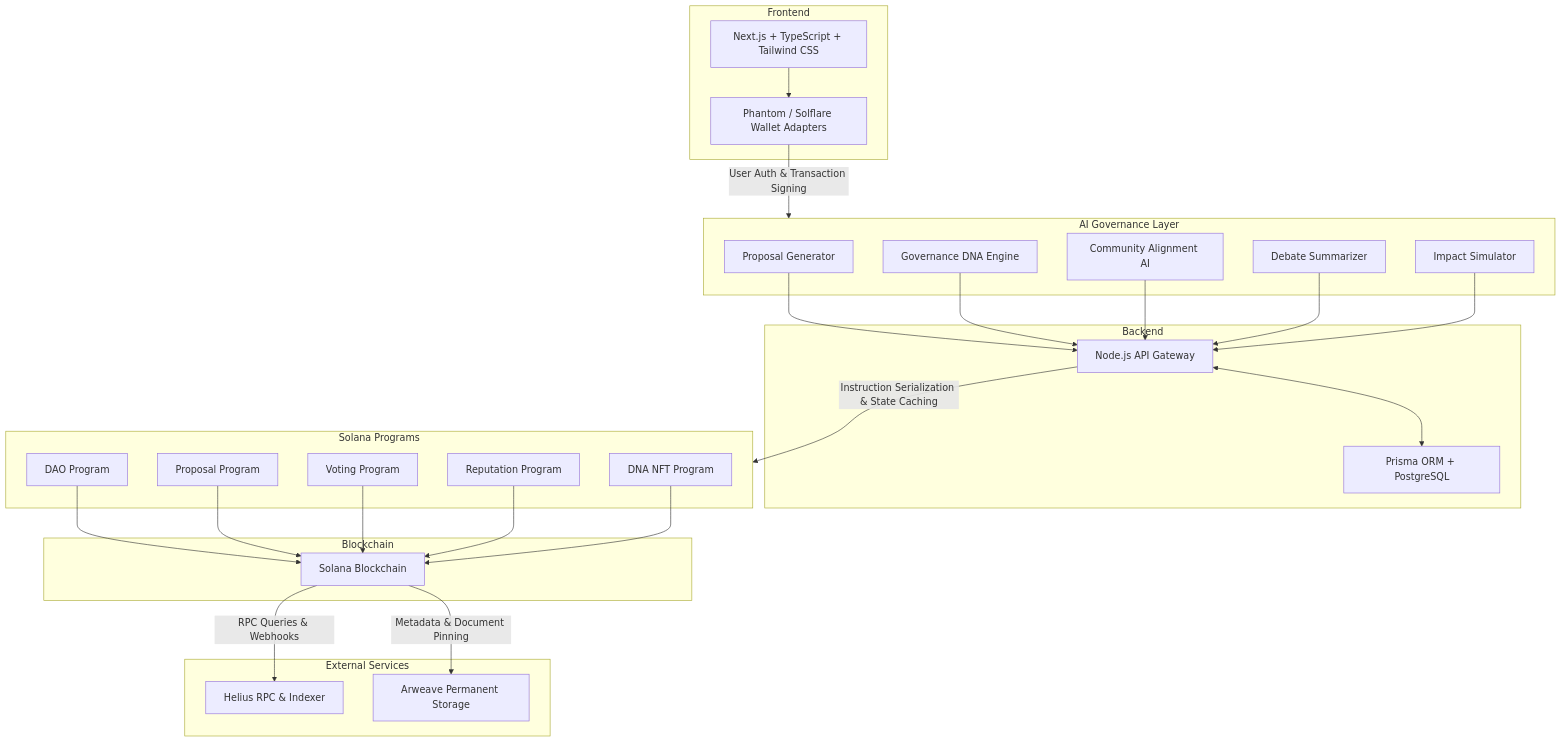
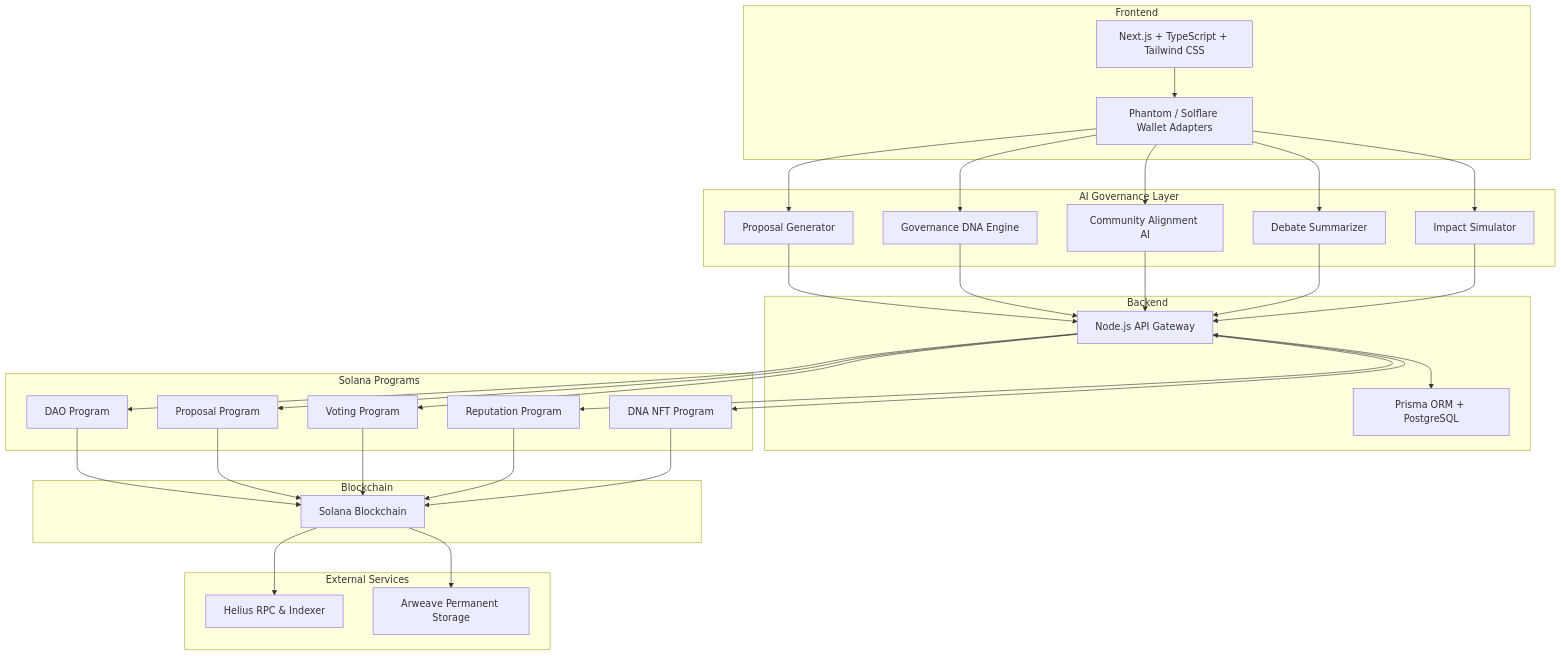
One commit to mansiverma897993/dnadao changed the first of 2 diagrams in README.md. Above: the diagram before and after it, drawn with Mermaid.

Commit message:
fix: simplify mermaid syntax to resolve github rendering error

````diff
--- a/README.md
+++ b/README.md
@@ -22,81 +22,69 @@
 ```mermaid
 graph TD
-    %% Styling and Custom Colors matching the Architecture Diagram
-    classDef frontend fill:#1a3c38,stroke:#3bbca7,stroke-width:2px,color:#e6f4f1;
-    classDef ai fill:#3d2230,stroke:#a64d79,stroke-width:2px,color:#f8ebf2;
-    classDef backend fill:#2c2c2c,stroke:#8e8e8e,stroke-width:2px,color:#f0f0f0;
-    classDef program fill:#42220b,stroke:#d56a12,stroke-width:2px,color:#faefe6;
-    classDef chain fill:#3f3713,stroke:#c4b43b,stroke-width:2px,color:#faf9e6;
-    classDef ext fill:#1b2530,stroke:#5c768d,stroke-width:2px,color:#edf2f7;
-
     %% Frontend Layer
-    subgraph FE ["Frontend"]
-        FE_Stack["Next.js + TypeScript + Tailwind CSS"]
-        Wallets["Phantom / Solflare Wallet Adapters"]
-        FE_Stack --> Wallets
+    subgraph Frontend
+        FE_Stack["Next.js + TypeScript + Tailwind CSS"] --> Wallets["Phantom / Solflare Wallet Adapters"]
     end
 
     %% AI Governance Layer
-    subgraph AI ["AI Governance Layer"]
+    subgraph AIGov ["AI Governance Layer"]
         PropGen["Proposal Generator"]
         DNAEngine["Governance DNA Engine"]
         AlignAI["Community Alignment AI"]
         DebateSum["Debate Summarizer"]
         ImpactSim["Impact Simulator"]
     end
 
     %% Backend Layer
-    subgraph BE ["Backend"]
-        API["Node.js API Gateway"]
-        DB["Prisma ORM + PostgreSQL"]
-        API <--> DB
+    subgraph Backend
+        API["Node.js API Gateway"] <--> DB["Prisma ORM + PostgreSQL"]
     end
 
     %% Solana Programs Layer
-    subgraph SP ["Solana Programs"]
+    subgraph SolanaPrograms ["Solana Programs"]
         ProgDAO["DAO Program"]
         ProgProp["Proposal Program"]
         ProgVote["Voting Program"]
         ProgRep["Reputation Program"]
         ProgNFT["DNA NFT Program"]
     end
 
     %% Blockchain Layer
-    subgraph BC ["Blockchain"]
+    subgraph Blockchain
         SolanaBC["Solana Blockchain"]
     end
 
     %% External Services Layer
-    subgraph EX ["External Services"]
+    subgraph ExternalServices ["External Services"]
         Helius["Helius RPC & Indexer"]
         Arweave["Arweave Permanent Storage"]
     end
 
-    %% Flow/Connections
-    Wallets -->|User Auth & Transaction Signing| AI
-    
+    %% Connections
+    Wallets --> PropGen
+    Wallets --> DNAEngine
+    Wallets --> AlignAI
+    Wallets --> DebateSum
+    Wallets --> ImpactSim
+
     PropGen --> API
     DNAEngine --> API
     AlignAI --> API
     DebateSum --> API
     ImpactSim --> API
 
-    API -->|Instruction Serialization & State Caching| SP
+    API --> ProgDAO
+    API --> ProgProp
+    API --> ProgVote
+    API --> ProgRep
+    API --> ProgNFT
 
     ProgDAO --> SolanaBC
     ProgProp --> SolanaBC
     ProgVote --> SolanaBC
     ProgRep --> SolanaBC
     ProgNFT --> SolanaBC
 
-    SolanaBC -->|RPC Queries & Webhooks| Helius
-    SolanaBC -->|Metadata & Document Pinning| Arweave
-
-    %% Apply Styles
-    class FE_Stack,Wallets FE;
-    class PropGen,DNAEngine,AlignAI,DebateSum,ImpactSim AI;
-    class API,DB BE;
-    class ProgDAO,ProgProp,ProgVote,ProgRep,ProgNFT SP;
-    class SolanaBC BC;
-    class Helius,Arweave EX;
+    SolanaBC --> Helius
+    SolanaBC --> Arweave
 ```
````
